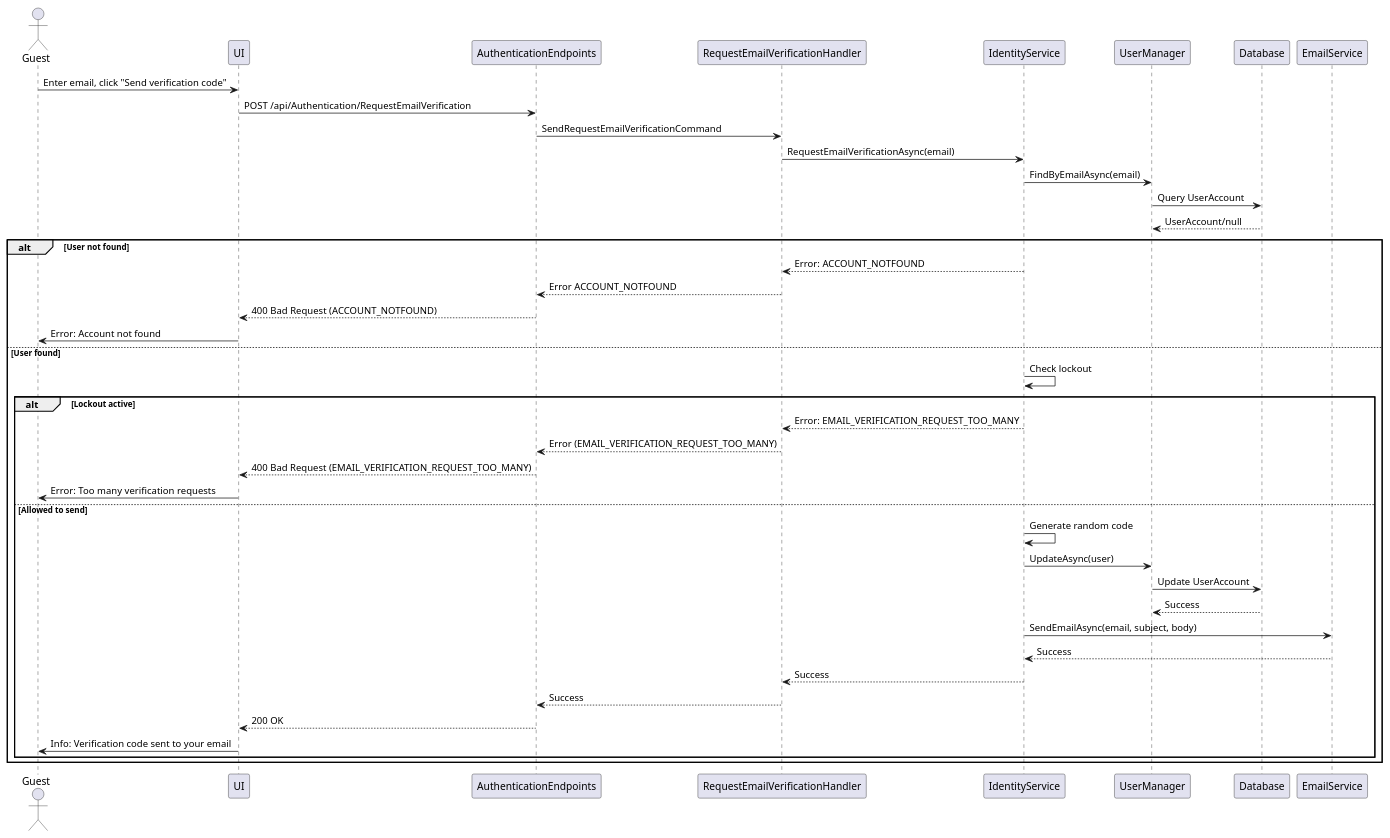
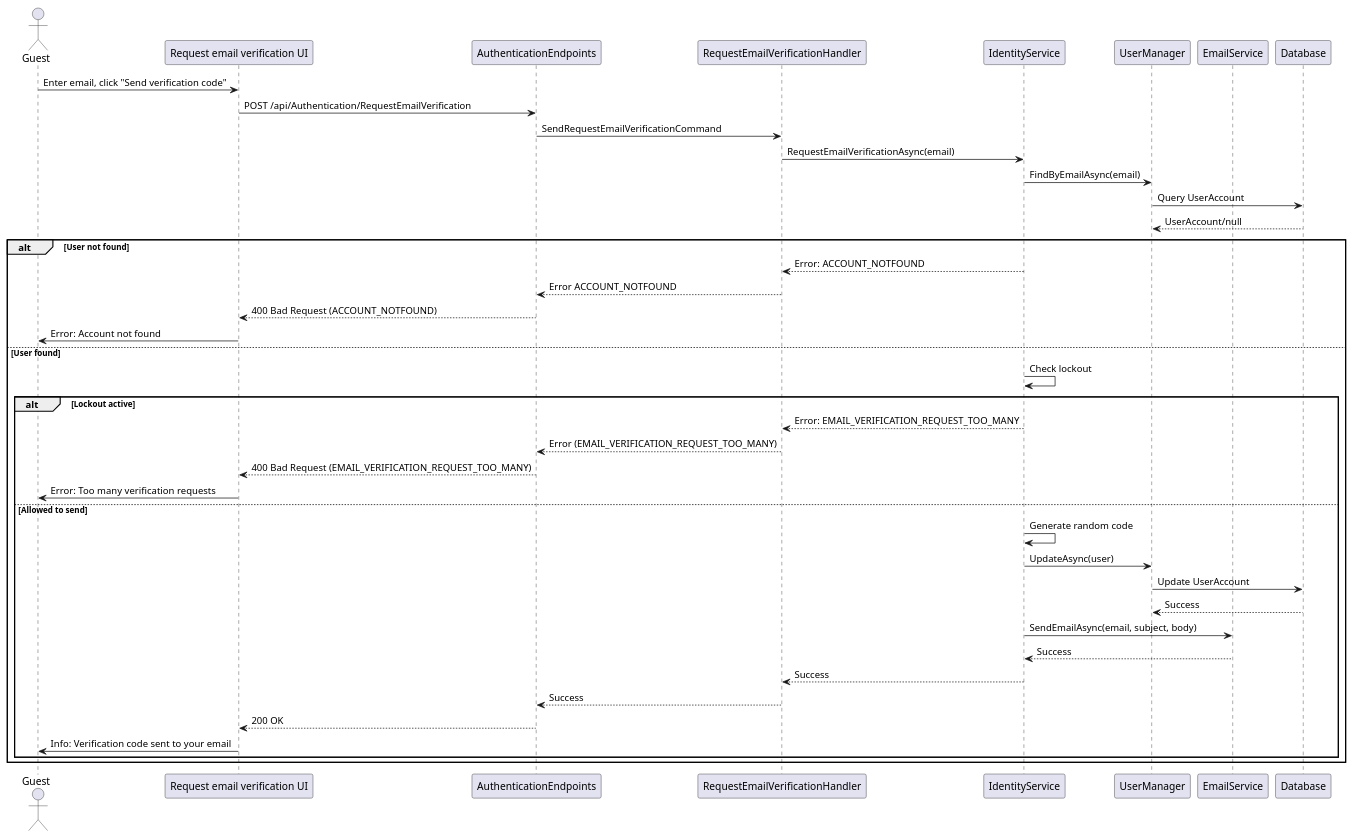
Before and after one commit to thanhkhac/SEP_Diagram: the diagram in authentication/Sequence/06_RequestEmailVerification.puml, drawn with PlantUML. The commit also changed 9 other files, not shown here.

First line of the commit message:
Update authentication sequence diagrams for clarity

```diff
--- a/authentication/Sequence/06_RequestEmailVerification.puml
+++ b/authentication/Sequence/06_RequestEmailVerification.puml
@@ -1,43 +1,43 @@
 @startuml
 actor Guest as User
-participant UI
-participant AuthenticationEndpoints 
+participant "Request email verification UI" as UI
+participant AuthenticationEndpoints
 participant RequestEmailVerificationHandler
 participant IdentityService
 participant UserManager
+participant EmailService
 participant Database
-participant EmailService
 
 User -> UI : Enter email, click "Send verification code"
 UI -> AuthenticationEndpoints : POST /api/Authentication/RequestEmailVerification
 AuthenticationEndpoints -> RequestEmailVerificationHandler : SendRequestEmailVerificationCommand
 RequestEmailVerificationHandler -> IdentityService : RequestEmailVerificationAsync(email)
 IdentityService -> UserManager : FindByEmailAsync(email)
 UserManager -> Database : Query UserAccount
 Database --> UserManager : UserAccount/null
 alt User not found
     IdentityService --> RequestEmailVerificationHandler : Error: ACCOUNT_NOTFOUND
     RequestEmailVerificationHandler --> AuthenticationEndpoints : Error ACCOUNT_NOTFOUND
     AuthenticationEndpoints --> UI : 400 Bad Request (ACCOUNT_NOTFOUND)
     UI -> User : Error: Account not found
 else User found
     IdentityService -> IdentityService : Check lockout
     alt Lockout active
         IdentityService --> RequestEmailVerificationHandler : Error: EMAIL_VERIFICATION_REQUEST_TOO_MANY
         RequestEmailVerificationHandler --> AuthenticationEndpoints : Error (EMAIL_VERIFICATION_REQUEST_TOO_MANY)
         AuthenticationEndpoints --> UI : 400 Bad Request (EMAIL_VERIFICATION_REQUEST_TOO_MANY)
         UI -> User : Error: Too many verification requests
     else Allowed to send
         IdentityService -> IdentityService : Generate random code
         IdentityService -> UserManager : UpdateAsync(user)
         UserManager -> Database : Update UserAccount
         Database --> UserManager : Success
         IdentityService -> EmailService : SendEmailAsync(email, subject, body)
         EmailService --> IdentityService : Success
         IdentityService --> RequestEmailVerificationHandler : Success
         RequestEmailVerificationHandler --> AuthenticationEndpoints : Success
         AuthenticationEndpoints --> UI : 200 OK
         UI -> User : Info: Verification code sent to your email
     end
 end
 @enduml
```
